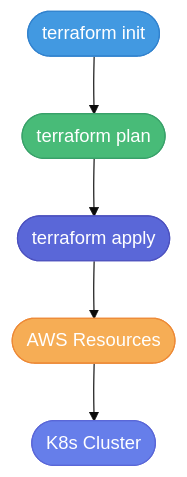
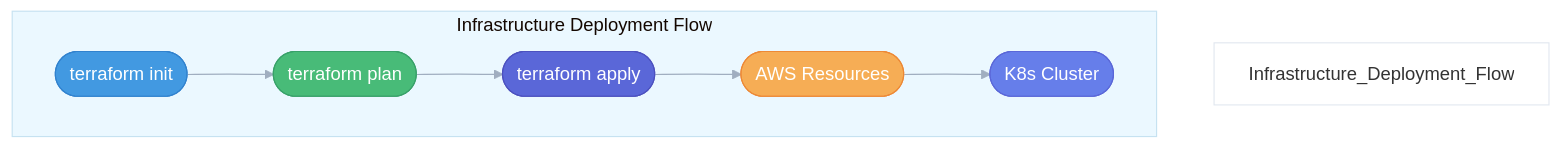
The second of 5 diagrams in README.md (DanorSODA/Devops-Course-Final-Project), drawn with Mermaid before and after one commit. The commit also changed other lines of this file, not shown here.

Commit message:
add a white background to all grpahs

````diff
--- a/README.md
+++ b/README.md
@@ -70,14 +70,17 @@
 ```mermaid
-%%{init: {'theme': 'base', 'themeVariables': { 'primaryColor': '#4299e1', 'edgeLabelBackground':'#ffffff', 'tertiaryColor': '#ebf8ff'}}}%%
+%%{init: {'theme': 'base', 'themeVariables': { 'primaryColor': '#4299e1', 'edgeLabelBackground':'#ffffff', 'tertiaryColor': '#ebf8ff', 'lineColor': '#a0aec0'}}}%%
 graph TD
-    A([terraform init]):::init --> B([terraform plan]):::plan
-    B --> C([terraform apply]):::apply
-    C --> D([AWS Resources]):::aws
-    D --> E([K8s Cluster]):::k8s
+    subgraph "Infrastructure Deployment Flow"
+        style Infrastructure_Deployment_Flow fill:#ffffff,stroke:#e2e8f0
+        A([terraform init]):::init --> B([terraform plan]):::plan
+        B --> C([terraform apply]):::apply
+        C --> D([AWS Resources]):::aws
+        D --> E([K8s Cluster]):::k8s
+    end
 
     classDef init fill:#4299e1,stroke:#3182ce,color:#fff
     classDef plan fill:#48bb78,stroke:#38a169,color:#fff
     classDef apply fill:#5a67d8,stroke:#4c51bf,color:#fff
     classDef aws fill:#f6ad55,stroke:#ed8936,color:#fff
     classDef k8s fill:#667eea,stroke:#5a67d8,color:#fff
 ```
````
